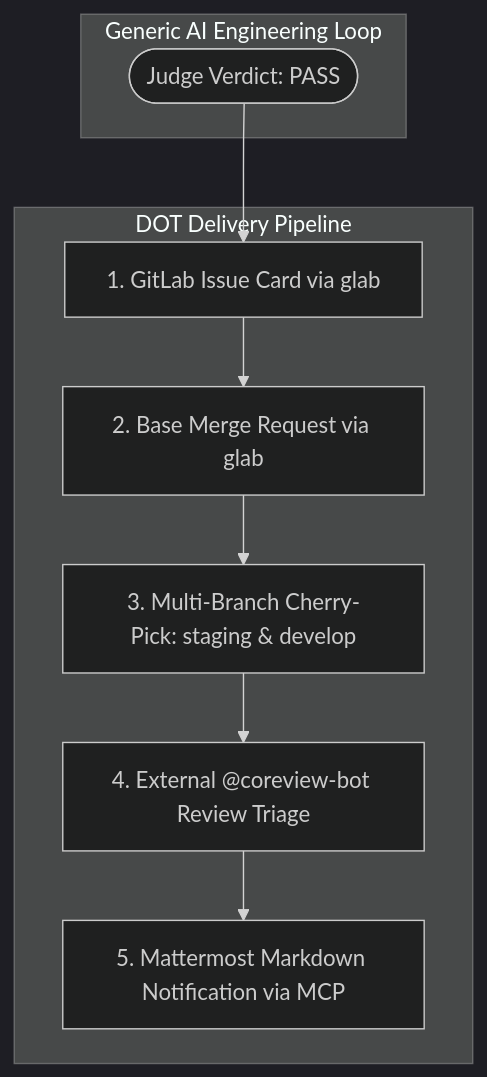
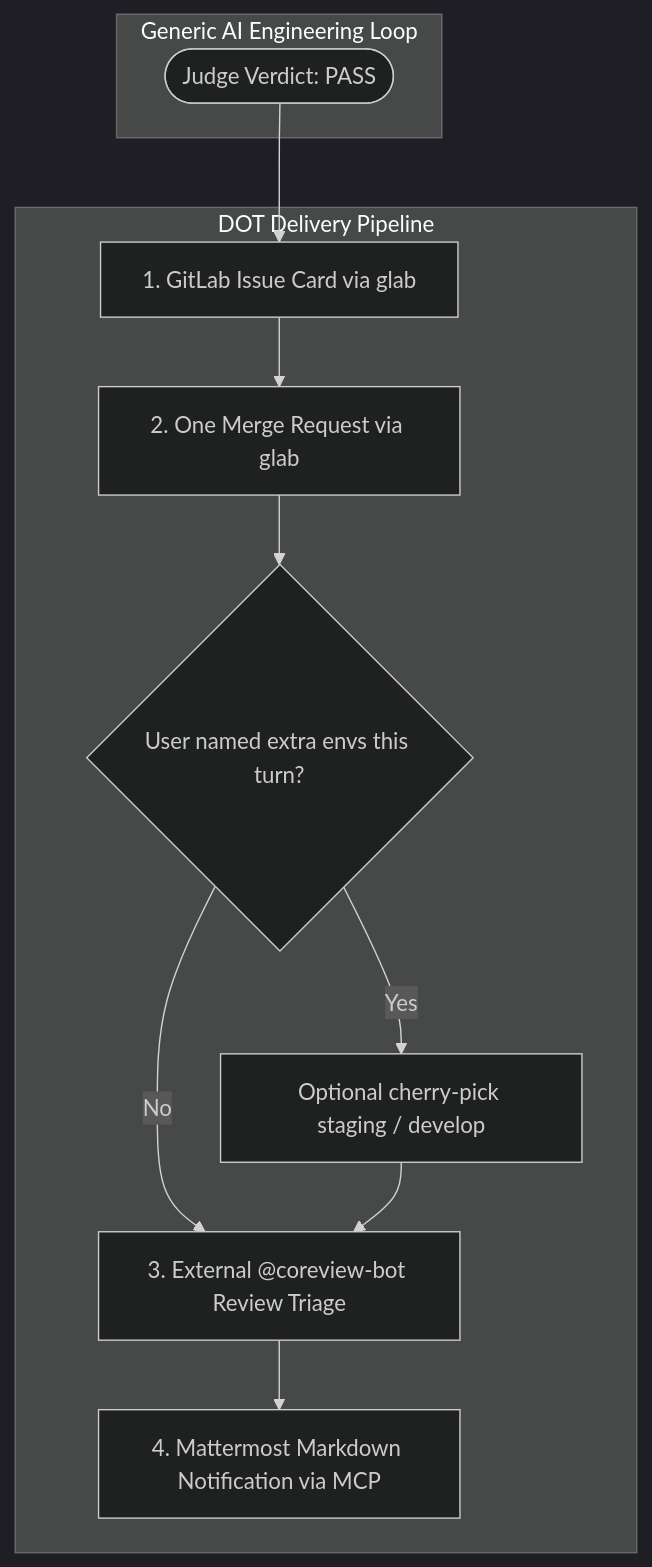
One commit to egagofur/ai-engineering-loop changed the diagram in adapters/dot/README.md. Above: the diagram before and after it, drawn with Mermaid (dark theme). The commit also changed other lines of this file and 6 other files, not shown here.

Commit message:
feat: DOT Stage 8 one topic-branch MR from develop or main (v1.0.21)

````diff
--- a/adapters/dot/README.md
+++ b/adapters/dot/README.md
@@ -9,14 +9,16 @@
 ```mermaid
 flowchart TD
     subgraph CoreLoop [Generic AI Engineering Loop]
         PASS([Judge Verdict: PASS])
     end
 
     subgraph DOTAdapter [DOT Delivery Pipeline]
         PASS --> Issue[1. GitLab Issue Card via glab]
-        Issue --> BaseMR[2. Base Merge Request via glab]
-        BaseMR --> MultiBranch[3. Multi-Branch Cherry-Pick: staging & develop]
-        MultiBranch --> CoreviewTriage[4. External @coreview-bot Review Triage]
-        CoreviewTriage --> MattermostDispatch[5. Mattermost Markdown Notification via MCP]
+        Issue --> BaseMR[2. One Merge Request via glab]
+        BaseMR --> AskPropagate{User named extra envs this turn?}
+        AskPropagate -->|No| CoreviewTriage[3. External @coreview-bot Review Triage]
+        AskPropagate -->|Yes| MultiBranch[Optional cherry-pick staging / develop]
+        MultiBranch --> CoreviewTriage
+        CoreviewTriage --> MattermostDispatch[4. Mattermost Markdown Notification via MCP]
     end
 ```
````
